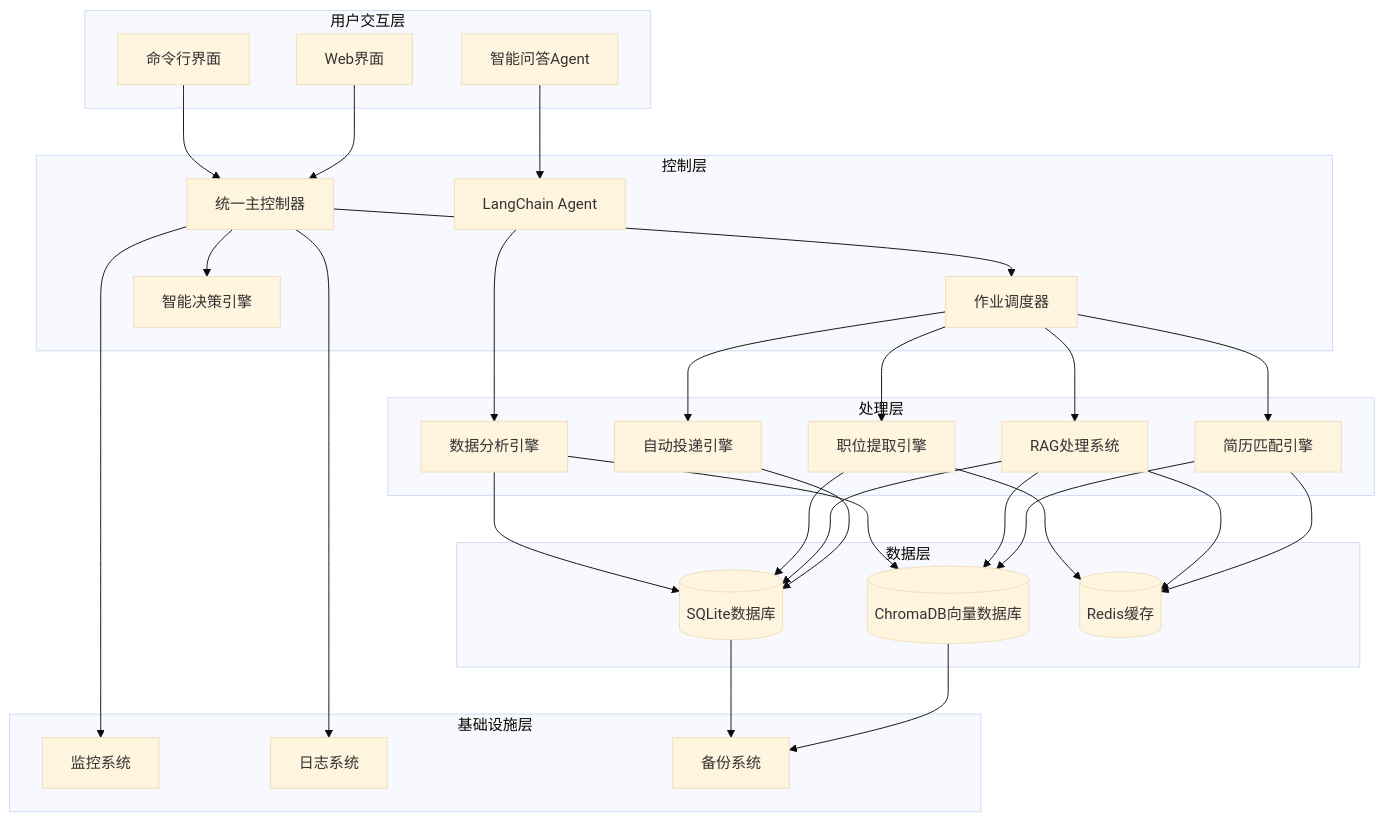
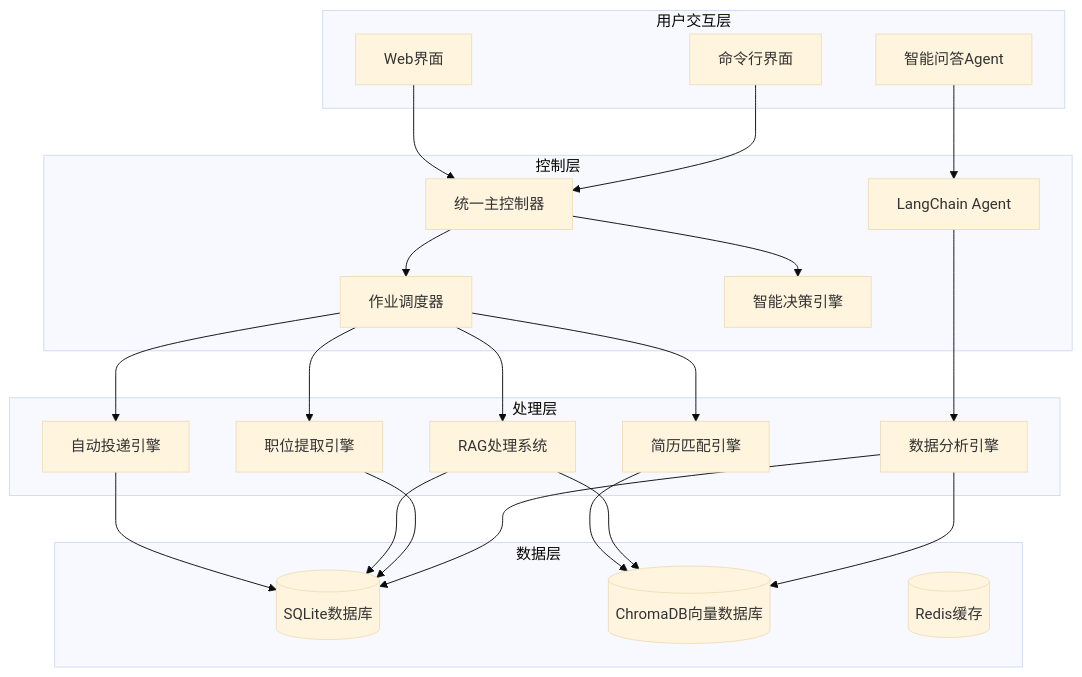
One commit to bin448482/MyThird changed the diagram in CLAUDE.md. Above: the diagram before and after it, drawn with Mermaid (base theme). The commit also changed other lines of this file and 18 other files, not shown here.

````diff
--- a/CLAUDE.md
+++ b/CLAUDE.md
@@ -11,66 +11,51 @@
 ```mermaid
 graph TB
     subgraph "用户交互层"
         CLI[命令行界面]
         CHAT[智能问答Agent]
         WEB[Web界面]
     end
     
     subgraph "控制层"
         MC[统一主控制器]
         JS[作业调度器]
         DE[智能决策引擎]
         AGENT[LangChain Agent]
     end
     
     subgraph "处理层"
         JE[职位提取引擎]
         RAG[RAG处理系统]
         RM[简历匹配引擎]
         AS[自动投递引擎]
         ANALYSIS[数据分析引擎]
     end
     
     subgraph "数据层"
         DB[(SQLite数据库)]
         VDB[(ChromaDB向量数据库)]
         CACHE[(Redis缓存)]
     end
     
-    subgraph "基础设施层"
-        MON[监控系统]
-        LOG[日志系统]
-        BACKUP[备份系统]
-    end
-    
     CLI --> MC
     CHAT --> AGENT
     WEB --> MC
     
     MC --> JS
     MC --> DE
     AGENT --> ANALYSIS
     
     JS --> JE
     JS --> RAG
     JS --> RM
     JS --> AS
     
     ANALYSIS --> DB
     ANALYSIS --> VDB
     
     JE --> DB
     RAG --> DB
     RAG --> VDB
     RM --> VDB
     AS --> DB
-    
-    JE --> CACHE
-    RAG --> CACHE
-    RM --> CACHE
-    
-    MC --> MON
-    MC --> LOG
-    DB --> BACKUP
-    VDB --> BACKUP
 ```
````
